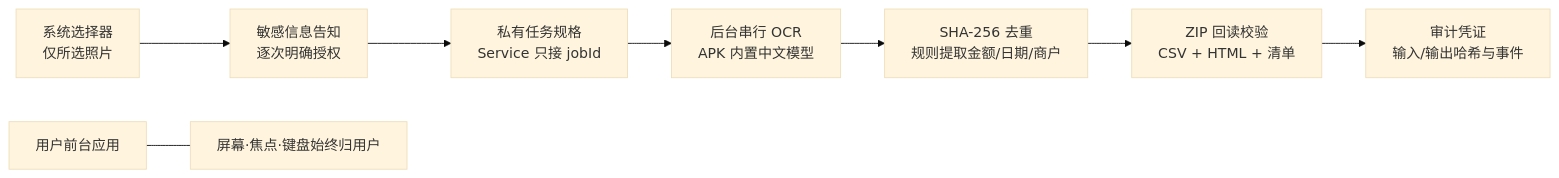
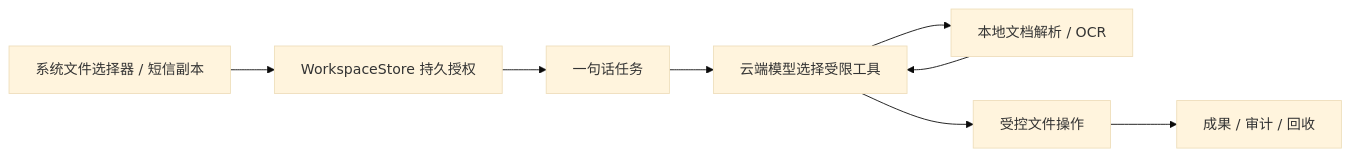
One commit to zihangli-hndsm/quiet-agent-mvp changed the diagram in README.md. Above: the diagram before and after it, drawn with Mermaid (base theme). The commit also changed other lines of this file and 55 other files, not shown here.

````diff
--- a/README.md
+++ b/README.md
@@ -5,10 +7,10 @@
 ```mermaid
 flowchart LR
-  U[系统选择器<br/>仅所选照片] --> C[敏感信息告知<br/>逐次明确授权]
-  C --> J[私有任务规格<br/>Service 只接 jobId]
-  J --> O[后台串行 OCR<br/>APK 内置中文模型]
-  O --> H[SHA-256 去重<br/>规则提取金额/日期/商户]
-  H --> Z[ZIP 回读校验<br/>CSV + HTML + 清单]
-  Z --> A[审计凭证<br/>输入/输出哈希与事件]
-  F[用户前台应用] --- K[屏幕·焦点·键盘始终归用户]
+  A[系统文件选择器 / 短信副本] --> B[WorkspaceStore 持久授权]
+  B --> C[一句话任务]
+  C --> D[云端模型选择受限工具]
+  D --> E[本地文档解析 / OCR]
+  D --> F[受控文件操作]
+  E --> D
+  F --> G[成果 / 审计 / 回收]
 ```
````
